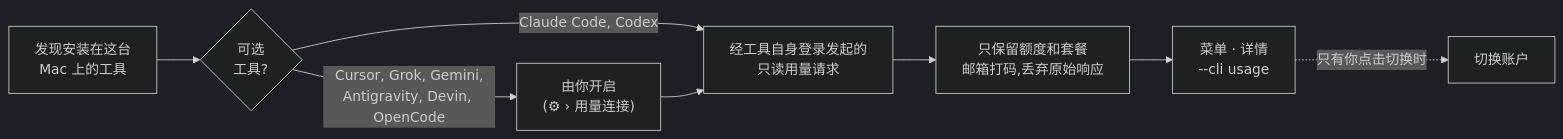
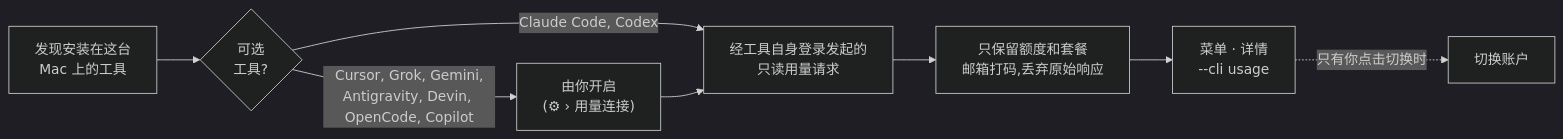
One commit to deximple/usageswitch changed the diagram in README.zh-Hans.md. Above: the diagram before and after it, drawn with Mermaid (dark theme). The commit also changed other lines of this file and 89 other files, not shown here.

````diff
--- a/README.zh-Hans.md
+++ b/README.zh-Hans.md
@@ -301,10 +304,10 @@
 ```mermaid
 flowchart LR
     A["发现安装在这台<br/>Mac 上的工具"] --> B{"可选<br/>工具?"}
     B -- "Claude Code, Codex" --> D
-    B -- "Cursor, Grok, Gemini,<br/>Antigravity, Devin, OpenCode" --> C["由你开启<br/>(⚙︎ › 用量连接)"]
+    B -- "Cursor, Grok, Gemini,<br/>Antigravity, Devin, OpenCode, Copilot" --> C["由你开启<br/>(⚙︎ › 用量连接)"]
     C --> D["经工具自身登录发起的<br/>只读用量请求"]
     D --> E["只保留额度和套餐<br/>邮箱打码,丢弃原始响应"]
     E --> F["菜单 · 详情<br/>--cli usage"]
     F -. "只有你点击切换时" .-> G["切换账户"]
 ```
````
